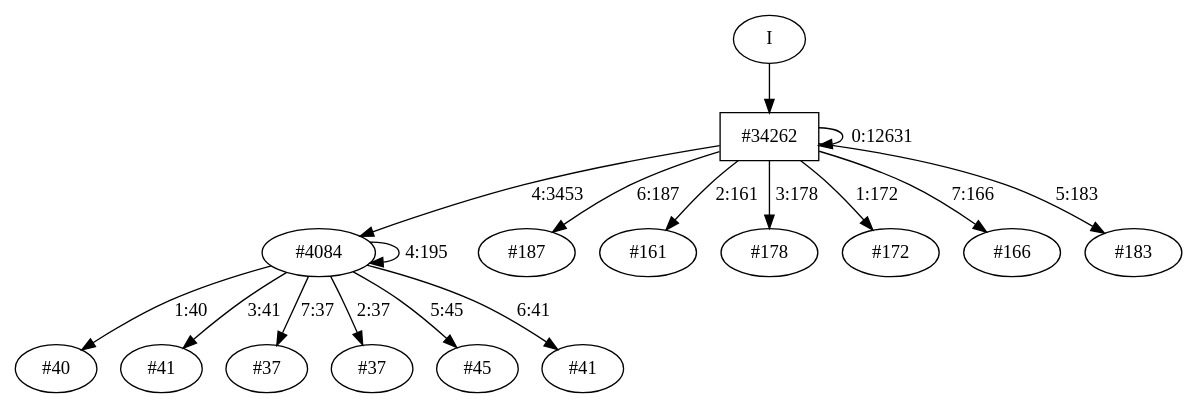
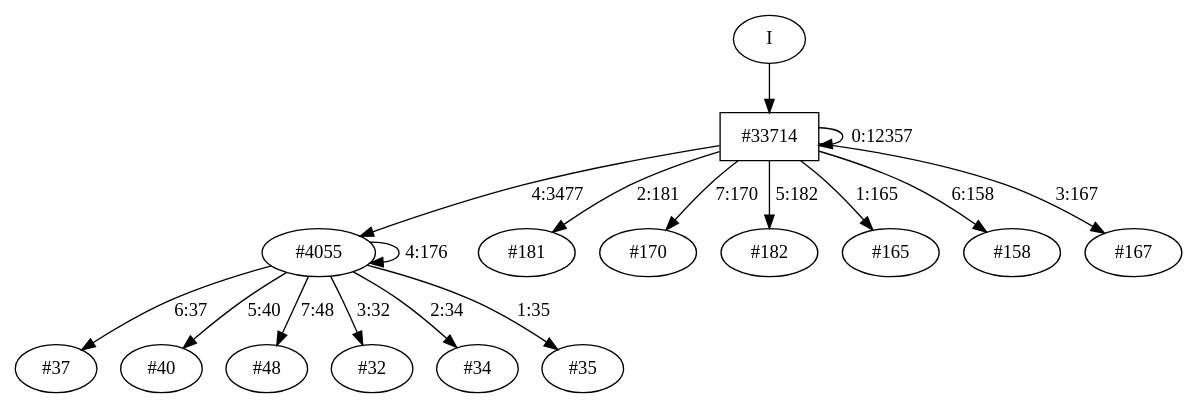
One commit to nicholasRenninger/wombats_experiments changed the diagram in experiments/flexfringe_test/flexfringe_data/dfafinal.dot. Above: the diagram before and after it, drawn with Graphviz. The commit also changed 45 other files, not shown here.

```diff
--- a/experiments/flexfringe_test/flexfringe_data/dfafinal.dot
+++ b/experiments/flexfringe_test/flexfringe_data/dfafinal.dot
@@ -1,35 +1,35 @@
 // produced with flexfringe from git commitd1cf04ada0831d0605a3651971ef9a02091d8823
 // dfasat/flexfringe -h=kldistance -d=kl_data -n=10 -x=0 -w=1 -a=1 -b=1 -f=1 -I=0 -t=1 -p=0.2 --output-dir=experiments/flexfringe_test/flexfringe_data/dfa /Users/nicholasrenninger/Google Drive/Grad School/specification learning/code/DPFA_DTS_product_experiment/dfasatInvestigations/experiments/flexfringe_test/flexfringe_data/flexfringe_test_train 
 digraph DFA {
 	0 [label="root" shape=box];
 		I -> 0;
-	0 [ label="#34262"  ];
-		0 -> 0 [label="0:12631"  ];
-		0 -> 10 [label="4:3453"  ];
-		0 -> 36 [label="6:187"  ];
-		0 -> 46 [label="2:161"  ];
-		0 -> 51 [label="3:178"  ];
-		0 -> 55 [label="1:172"  ];
-		0 -> 56 [label="7:166"  ];
-		0 -> 97 [label="5:183"  ];
-	51 [ label="#178"  ];
-	10 [ label="#4084"  ];
-		10 -> 10 [label="4:195"  ];
-		10 -> 81 [label="1:40"  ];
-		10 -> 88 [label="3:41"  ];
-		10 -> 90 [label="7:37"  ];
-		10 -> 147 [label="2:37"  ];
-		10 -> 149 [label="5:45"  ];
-		10 -> 173 [label="6:41"  ];
-	88 [ label="#41"  ];
-	149 [ label="#45"  ];
-	147 [ label="#37"  ];
-	173 [ label="#41"  ];
-	90 [ label="#37"  ];
-	81 [ label="#40"  ];
-	97 [ label="#183"  ];
-	46 [ label="#161"  ];
-	36 [ label="#187"  ];
-	56 [ label="#166"  ];
-	55 [ label="#172"  ];
+	0 [ label="#33714"  ];
+		0 -> 0 [label="0:12357"  ];
+		0 -> 6 [label="4:3477"  ];
+		0 -> 24 [label="2:181"  ];
+		0 -> 53 [label="7:170"  ];
+		0 -> 58 [label="5:182"  ];
+		0 -> 105 [label="1:165"  ];
+		0 -> 83 [label="6:158"  ];
+		0 -> 92 [label="3:167"  ];
+	6 [ label="#4055"  ];
+		6 -> 6 [label="4:176"  ];
+		6 -> 26 [label="6:37"  ];
+		6 -> 85 [label="5:40"  ];
+		6 -> 161 [label="7:48"  ];
+		6 -> 109 [label="3:32"  ];
+		6 -> 119 [label="2:34"  ];
+		6 -> 125 [label="1:35"  ];
+	125 [ label="#35"  ];
+	26 [ label="#37"  ];
+	161 [ label="#48"  ];
+	119 [ label="#34"  ];
+	109 [ label="#32"  ];
+	85 [ label="#40"  ];
+	105 [ label="#165"  ];
+	83 [ label="#158"  ];
+	53 [ label="#170"  ];
+	24 [ label="#181"  ];
+	92 [ label="#167"  ];
+	58 [ label="#182"  ];
 }
```
